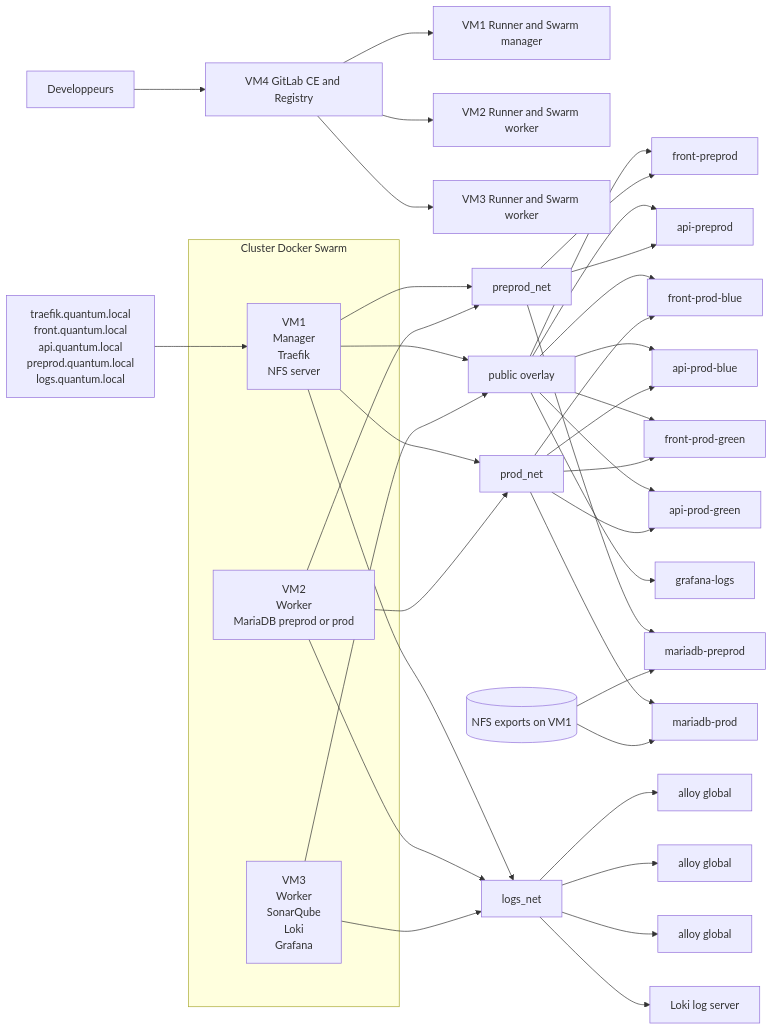
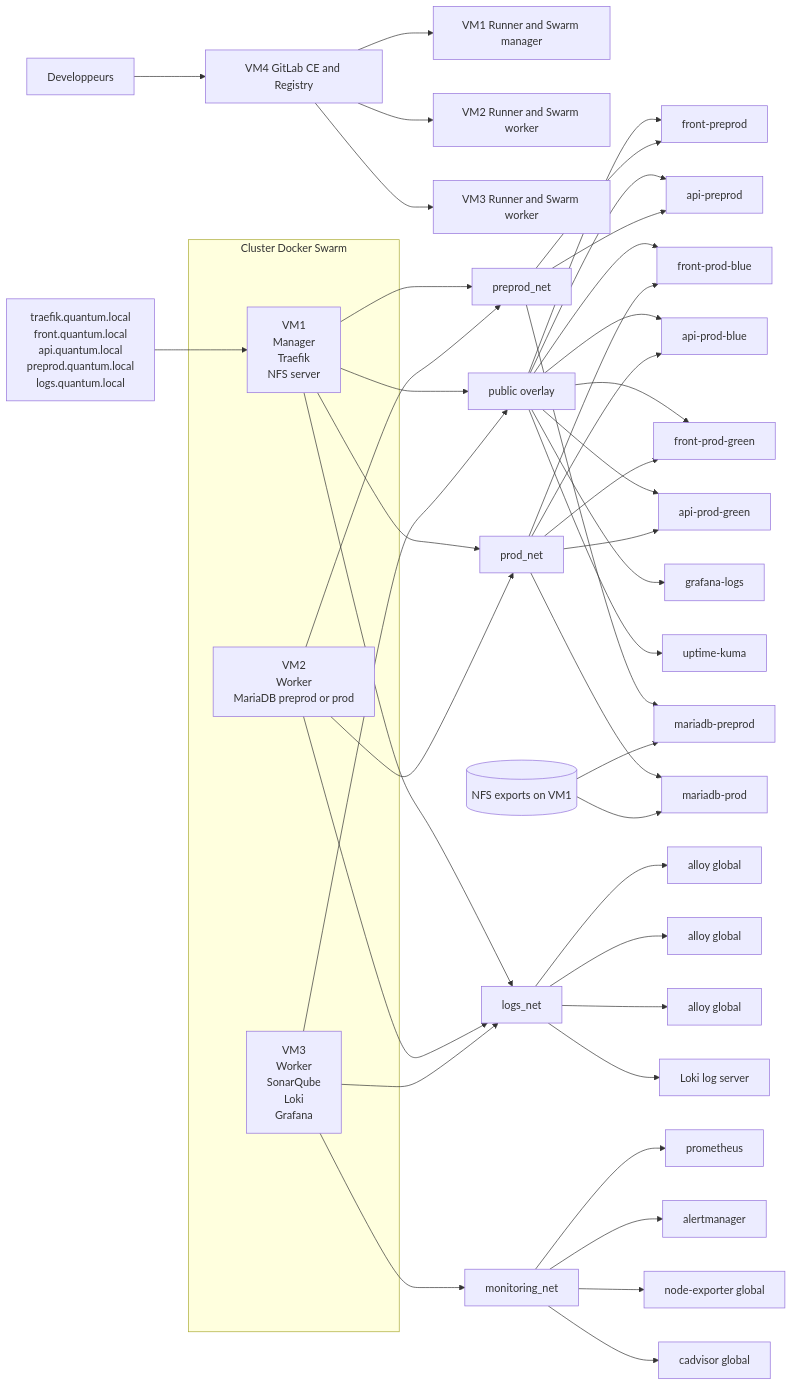
Before and after one commit to TeixeiraThomas/quantum-motors-platform: the diagram in docs/etape-0bis-schema-infrastructure.md, drawn with Mermaid. The commit also changed other lines of this file and 37 other files, not shown here.

Commit message:
feat: finalize phase 2 monitoring, status page and SRE docs

````diff
--- a/docs/etape-0bis-schema-infrastructure.md
+++ b/docs/etape-0bis-schema-infrastructure.md
@@ -13,51 +13,57 @@
 ```mermaid
 flowchart LR
     Dev[Developpeurs] --> GitLab[VM4 GitLab CE and Registry]
     GitLab --> R1[VM1 Runner and Swarm manager]
     GitLab --> R2[VM2 Runner and Swarm worker]
     GitLab --> R3[VM3 Runner and Swarm worker]
 
     subgraph Swarm[Cluster Docker Swarm]
         VM1[VM1\nManager\nTraefik\nNFS server]
         VM2[VM2\nWorker\nMariaDB preprod or prod]
         VM3[VM3\nWorker\nSonarQube\nLoki\nGrafana]
     end
 
     TraefikHost[traefik.quantum.local\nfront.quantum.local\napi.quantum.local\npreprod.quantum.local\nlogs.quantum.local] --> VM1
 
     VM1 --> PublicNet[public overlay]
     VM1 --> PreprodNet[preprod_net]
     VM1 --> ProdNet[prod_net]
     VM1 --> LogsNet[logs_net]
     VM2 --> PreprodNet
     VM2 --> ProdNet
     VM2 --> LogsNet
     VM3 --> PublicNet
     VM3 --> LogsNet
+    VM3 --> MonitoringNet[monitoring_net]
 
     PublicNet --> FrontPreprod[front-preprod]
     PublicNet --> ApiPreprod[api-preprod]
     PublicNet --> FrontBlue[front-prod-blue]
     PublicNet --> ApiBlue[api-prod-blue]
     PublicNet --> FrontGreen[front-prod-green]
     PublicNet --> ApiGreen[api-prod-green]
 
     PreprodNet --> DbPreprod[mariadb-preprod]
     PreprodNet --> ApiPreprod
     PreprodNet --> FrontPreprod
 
     ProdNet --> DbProd[mariadb-prod]
     ProdNet --> ApiBlue
     ProdNet --> FrontBlue
     ProdNet --> ApiGreen
     ProdNet --> FrontGreen
 
     NFS[(NFS exports on VM1)] --> DbPreprod
     NFS --> DbProd
 
     LogsNet --> Alloy1[alloy global]
     LogsNet --> Alloy2[alloy global]
     LogsNet --> Alloy3[alloy global]
     LogsNet --> Loki[Loki log server]
     PublicNet --> GrafanaLogs[grafana-logs]
+    MonitoringNet --> Prometheus[prometheus]
+    MonitoringNet --> Alertmanager[alertmanager]
+    MonitoringNet --> NodeExporter[node-exporter global]
+    MonitoringNet --> CAdvisor[cadvisor global]
+    PublicNet --> StatusPage[uptime-kuma]
 ```
````
